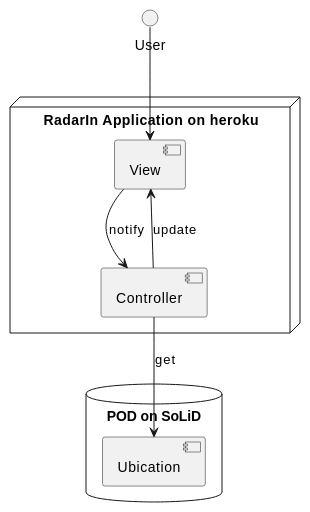
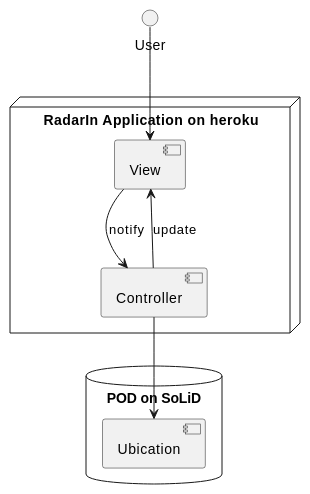
Before and after one commit to UO264921/radarin_es2b: the diagram in webapp/docs/07_deployment_view.adoc, drawn with PlantUML. The commit also changed other lines of this file, not shown here.

```diff
--- a/webapp/docs/07_deployment_view.adoc
+++ b/webapp/docs/07_deployment_view.adoc
@@ -29,18 +29,18 @@
-[plantuml, {plantUMLDir}infrastructure, svg]
+[plantuml, {plantUMLDir}infrastructure1, svg]
 ----
 database "POD on SoLiD" {
   [Ubication]
 }
 
 node "RadarIn Application on heroku" {
   [View]
   [Controller]
 }
 
 User  --> [View]
 
 [View] --> [Controller] : notify
 [Controller] --> [View] : update
 
-[Controller] --> [Ubication] : get
+[Controller] --> [Ubication]
 ----
```
